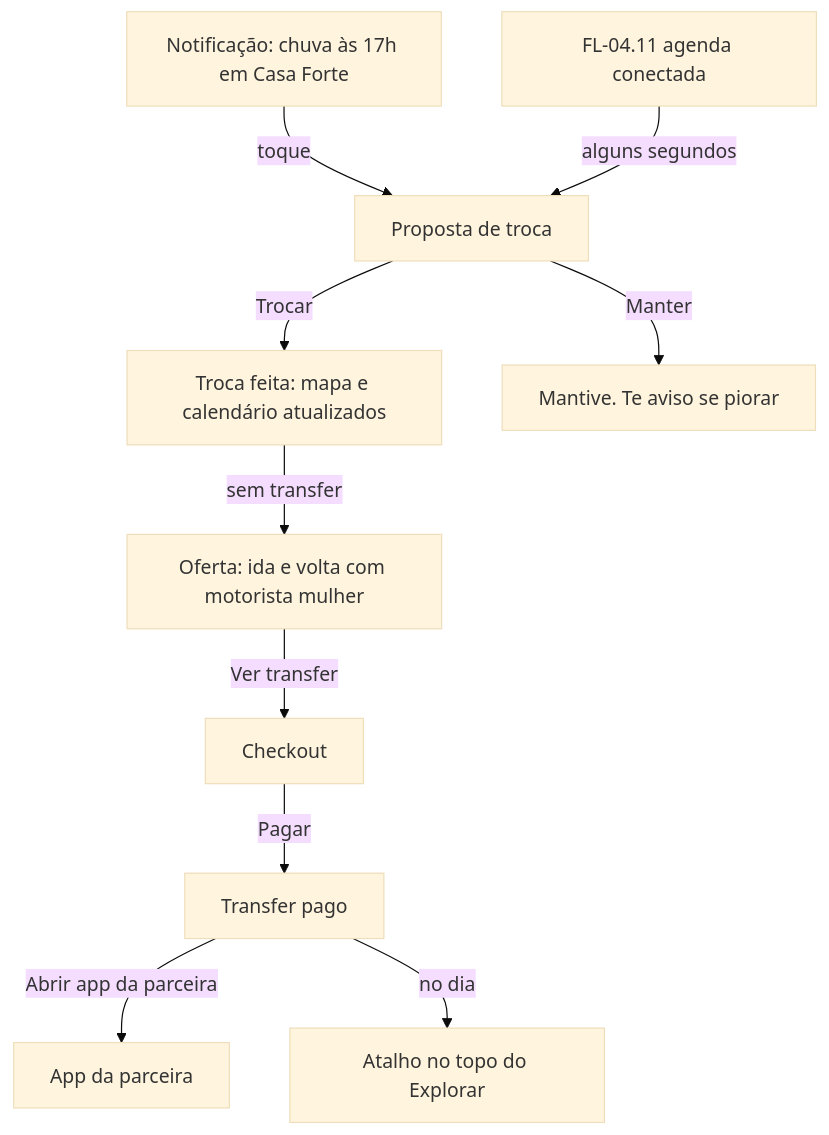
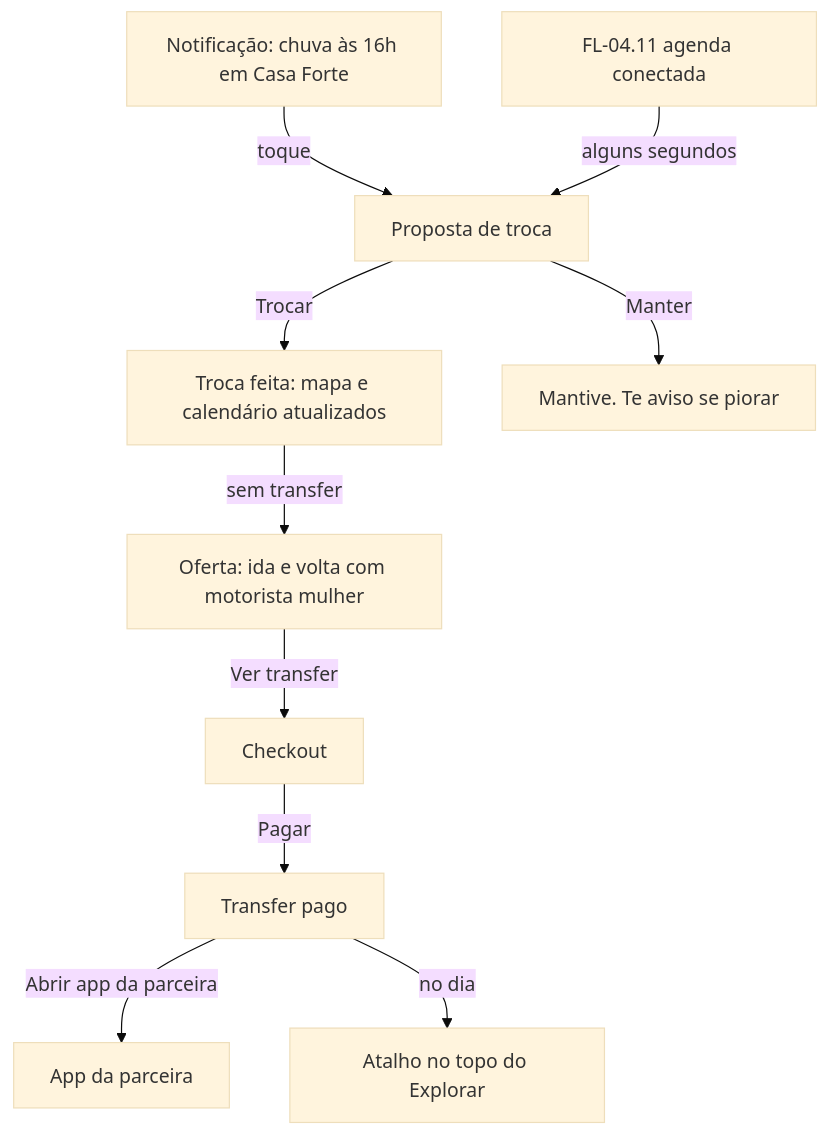
The diagram in docs/fluxos/durante-a-viagem.md (RodrigoPabloMelo/service-design), drawn with Mermaid (base theme) before and after one commit. The commit also changed other lines of this file and 5 other files, not shown here.

First line of the commit message:
fix(agente): Box Vitória Régia abre a sexta e a troca por chuva vai pra sexta

````diff
--- a/docs/fluxos/durante-a-viagem.md
+++ b/docs/fluxos/durante-a-viagem.md
@@ -8,11 +8,11 @@
 ```mermaid
 flowchart TD
-  N[Notificação: chuva às 17h em Casa Forte] -->|toque| P[Proposta de troca]
+  N[Notificação: chuva às 16h em Casa Forte] -->|toque| P[Proposta de troca]
   AG[FL-04.11 agenda conectada] -->|alguns segundos| P
   P -->|Trocar| T[Troca feita: mapa e calendário atualizados]
   P -->|Manter| K[Mantive. Te aviso se piorar]
   T -->|sem transfer| O[Oferta: ida e volta com motorista mulher]
   O -->|Ver transfer| C[Checkout] -->|Pagar| B[Transfer pago]
   B -->|Abrir app da parceira| EXT[App da parceira]
   B -->|no dia| H[Atalho no topo do Explorar]
 ```
````
